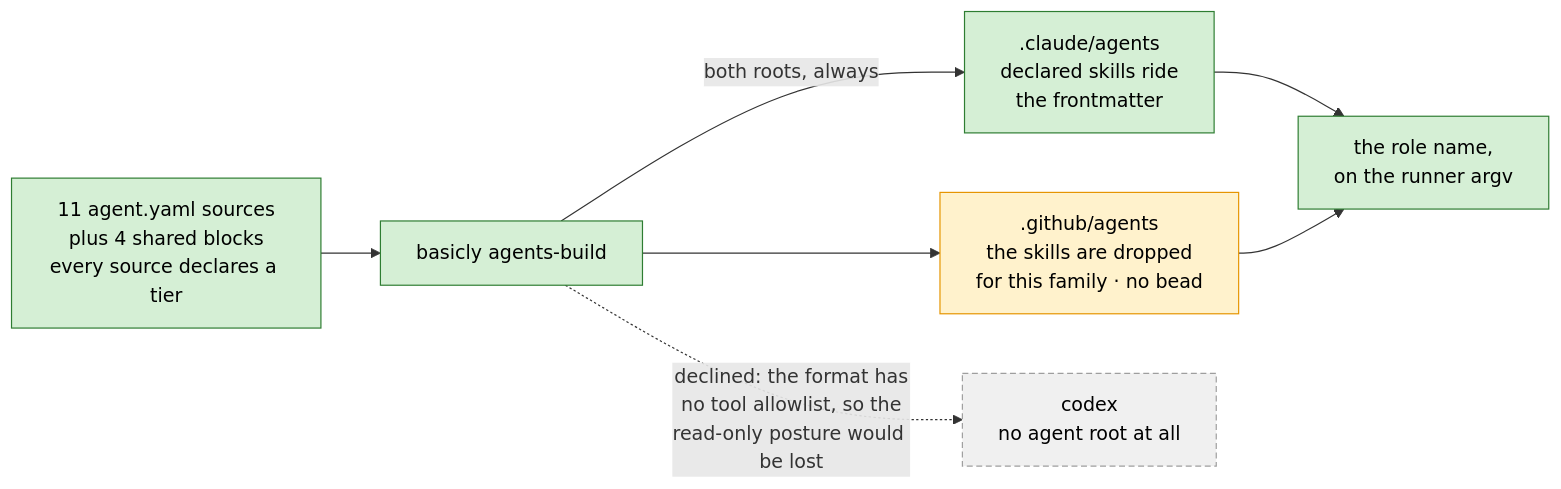
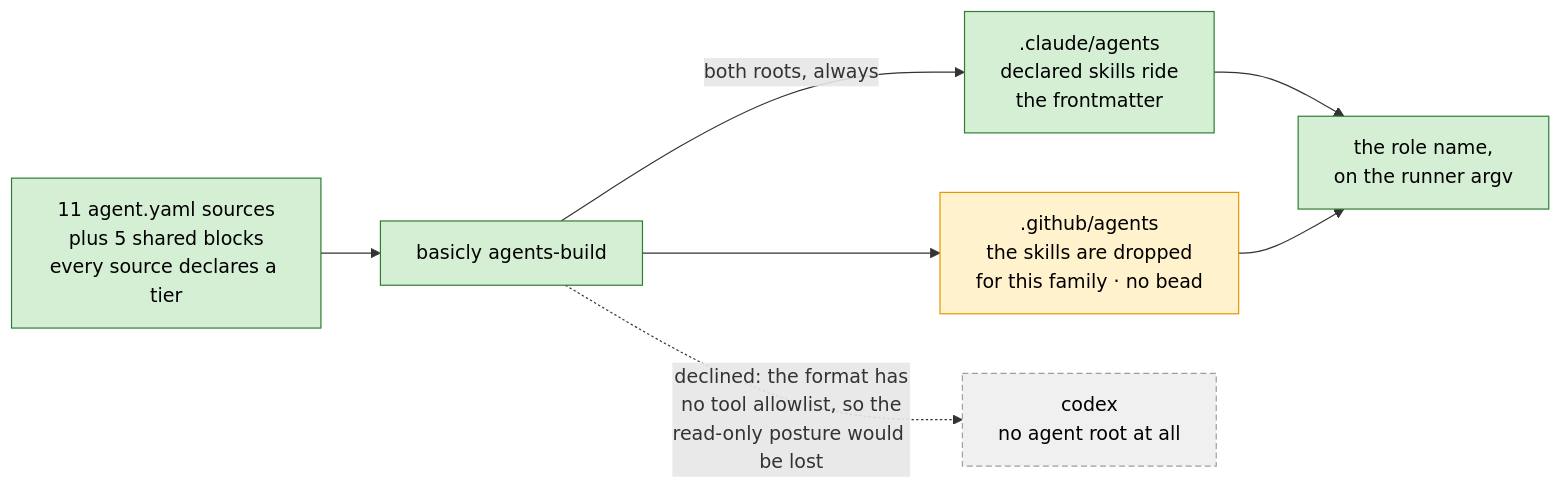
One commit to niksavis/basicly changed diagram 11 of 16 in docs/architecture/architecture.md. Above: the diagram before and after it, drawn with Mermaid. The commit also changed other lines of this file and 1 other file, not shown here.

````diff
--- a/docs/architecture/architecture.md
+++ b/docs/architecture/architecture.md
@@ -2197,23 +2209,23 @@
 ```mermaid
 flowchart LR
-  csrc["11 agent.yaml sources<br/>plus 4 shared blocks<br/>every source declares a tier"]
+  csrc["11 agent.yaml sources<br/>plus 5 shared blocks<br/>every source declares a tier"]
   abuild["basicly agents-build"]
   pcl[".claude/agents<br/>declared skills ride<br/>the frontmatter"]
   pco[".github/agents<br/>the skills are dropped<br/>for this family · no bead"]
   pcx["codex<br/>no agent root at all"]
   argv["the role name,<br/>on the runner argv"]
 
   csrc --> abuild
   abuild -->|"both roots, always"| pcl
   abuild --> pco
   abuild -.->|"declined: the format has<br/>no tool allowlist, so the<br/>read-only posture would be lost"| pcx
   pcl --> argv
   pco --> argv
 
   classDef shipped fill:#d5efd5,stroke:#2e7d32,color:#000
   classDef partial fill:#fff2cc,stroke:#e69500,color:#000
   classDef designed fill:#f0f0f0,stroke:#9e9e9e,color:#000,stroke-dasharray:5 3
   class csrc,abuild,pcl,argv shipped
   class pco partial
   class pcx designed
 ```
````
